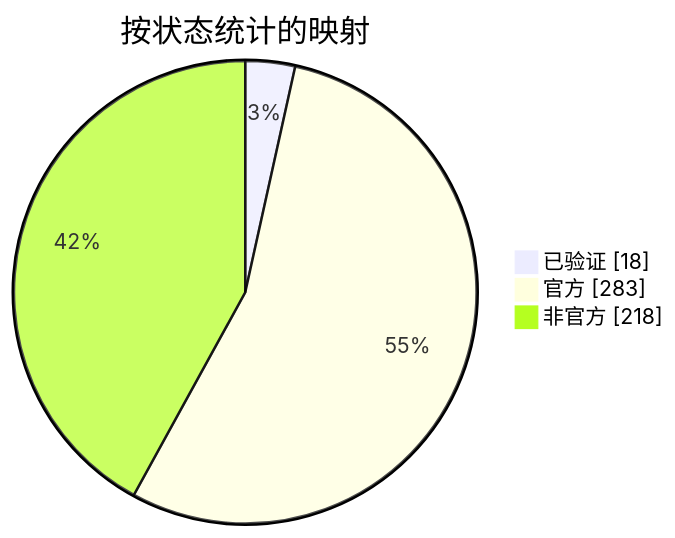
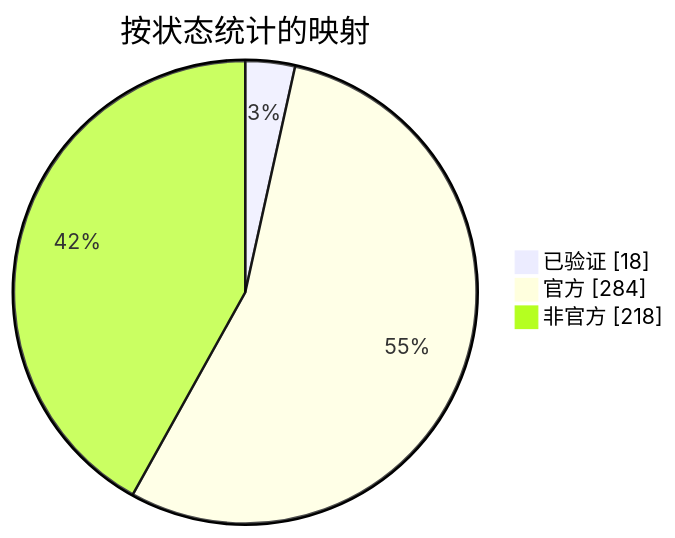
One commit to nobrega8/mbmap-library changed the diagram in docs/readme/README_ZHS.md. Above: the diagram before and after it, drawn with Mermaid. The commit also changed other lines of this file and 5 other files, not shown here.

````diff
--- a/docs/readme/README_ZHS.md
+++ b/docs/readme/README_ZHS.md
@@ -54,7 +54,7 @@
 ```mermaid
 pie showData
     title 按状态统计的映射
     "已验证" : 18
-    "官方" : 283
+    "官方" : 284
     "非官方" : 218
 ```
````
